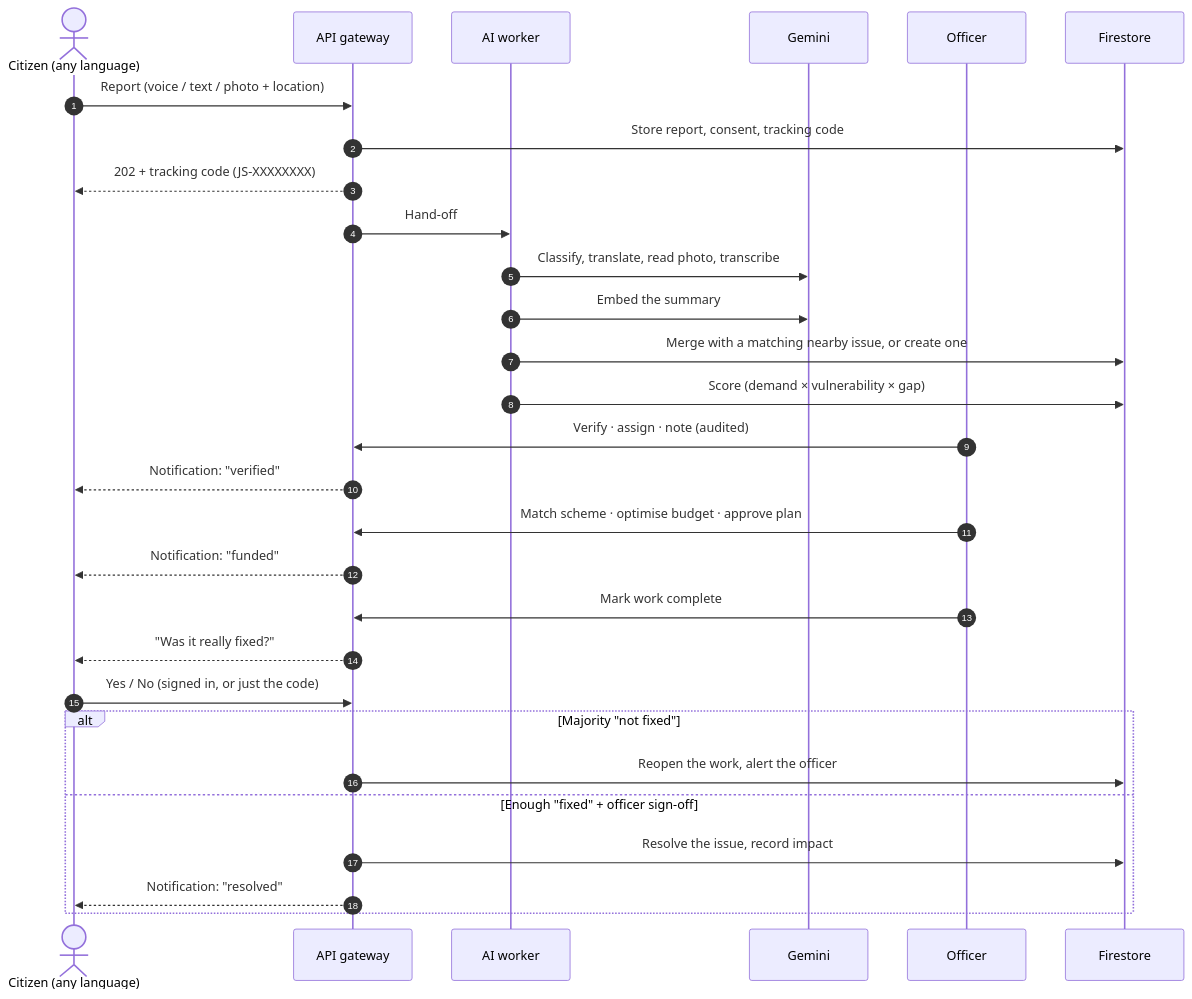
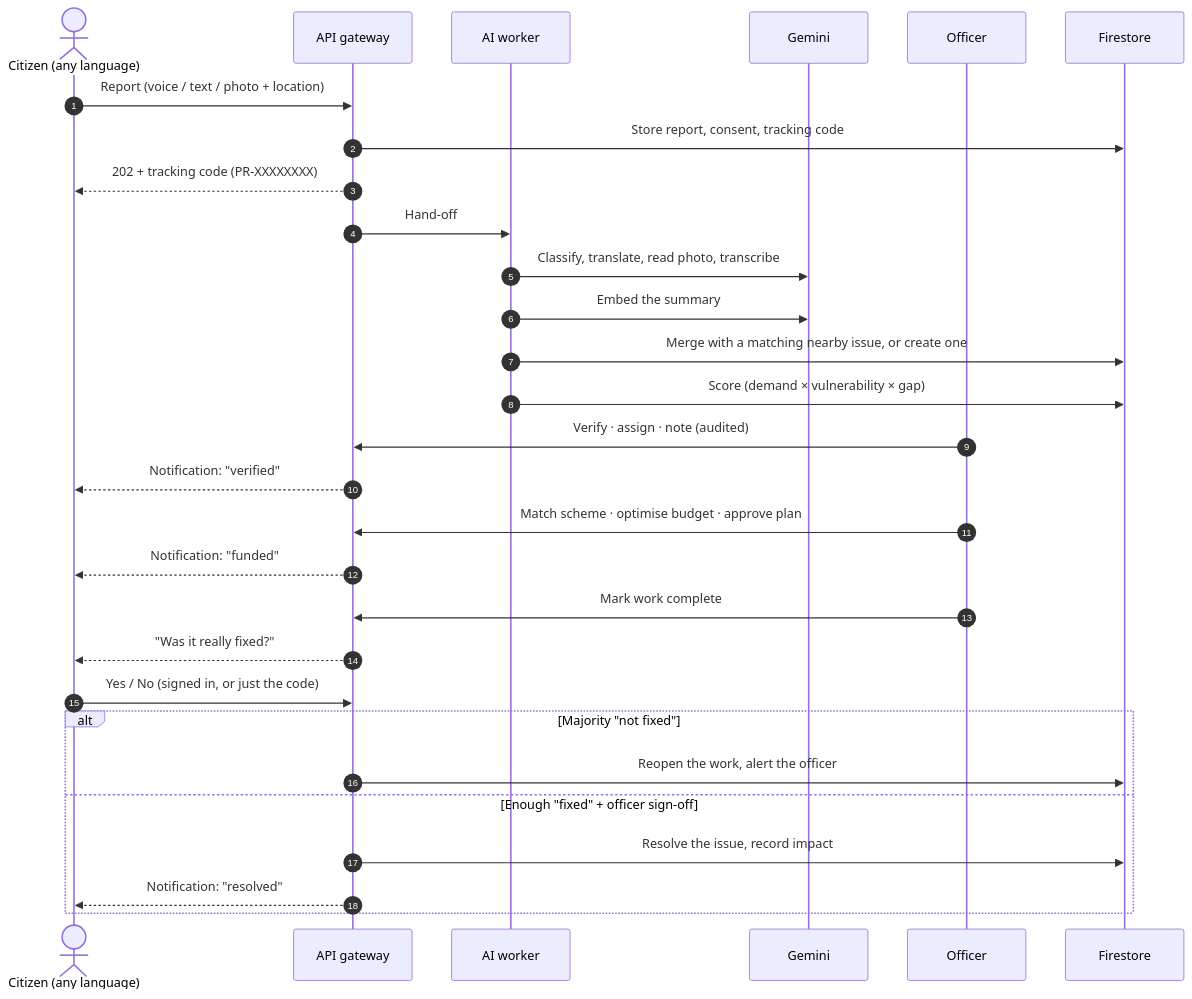
One commit to Monolithic-Dev/Pramaan changed the second of 10 diagrams in README.md. Above: the diagram before and after it, drawn with Mermaid. The commit also changed other lines of this file, not shown here.

First line of the commit message:
docs(readme): at-a-glance stats, stack icons, six new architecture diagrams

````diff
--- a/README.md
+++ b/README.md
@@ -271,32 +323,32 @@
 ```mermaid
 sequenceDiagram
     autonumber
     actor C as Citizen (any language)
     participant G as API gateway
     participant W as AI worker
     participant AI as Gemini
     participant O as Officer
     participant DB as Firestore
 
     C->>G: Report (voice / text / photo + location)
     G->>DB: Store report, consent, tracking code
-    G-->>C: 202 + tracking code (JS-XXXXXXXX)
+    G-->>C: 202 + tracking code (PR-XXXXXXXX)
     G->>W: Hand-off
     W->>AI: Classify, translate, read photo, transcribe
     W->>AI: Embed the summary
     W->>DB: Merge with a matching nearby issue, or create one
     W->>DB: Score (demand × vulnerability × gap)
     O->>G: Verify · assign · note (audited)
     G-->>C: Notification: "verified"
     O->>G: Match scheme · optimise budget · approve plan
     G-->>C: Notification: "funded"
     O->>G: Mark work complete
     G-->>C: "Was it really fixed?"
     C->>G: Yes / No (signed in, or just the code)
     alt Majority "not fixed"
         G->>DB: Reopen the work, alert the officer
     else Enough "fixed" + officer sign-off
         G->>DB: Resolve the issue, record impact
         G-->>C: Notification: "resolved"
     end
 ```
````
